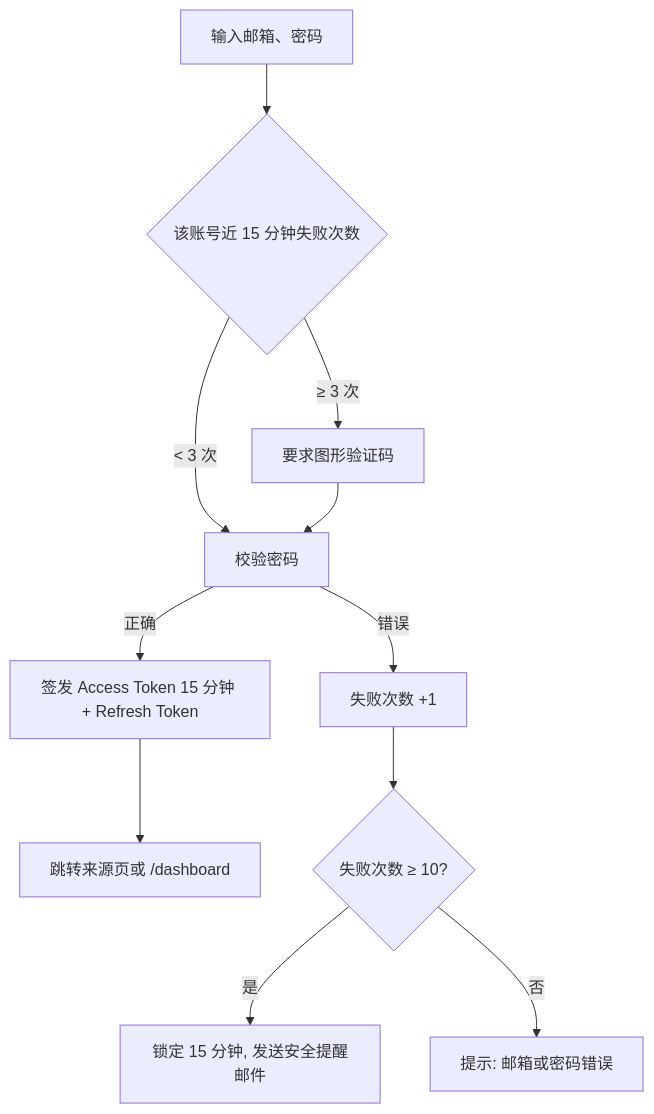
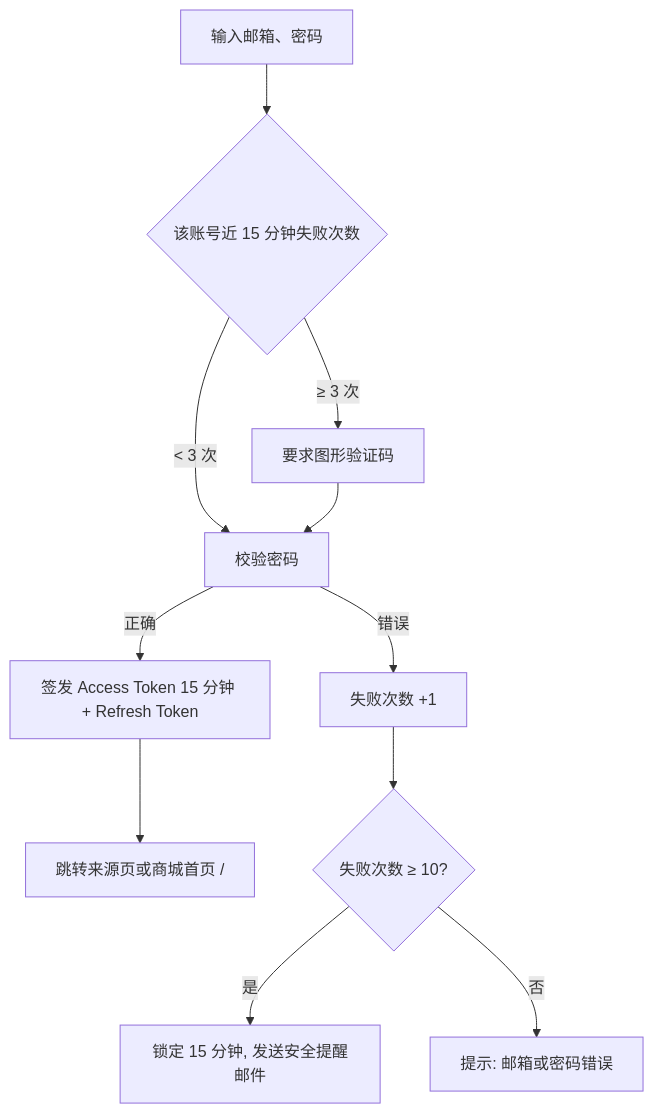
One commit to star132-bot/MkClou changed the second of 4 diagrams in docs/prd/01-auth.md. Above: the diagram before and after it, drawn with Mermaid. The commit also changed other lines of this file and 8 other files, not shown here.

````diff
--- a/docs/prd/01-auth.md
+++ b/docs/prd/01-auth.md
@@ -49,13 +49,13 @@
 ```mermaid
 flowchart TD
     A[输入邮箱、密码] --> B{该账号近 15 分钟失败次数}
     B -- "≥ 3 次" --> C[要求图形验证码]
     B -- "< 3 次" --> D[校验密码]
     C --> D
     D -- 正确 --> E[签发 Access Token 15 分钟 + Refresh Token]
-    E --> F[跳转来源页或 /dashboard]
+    E --> F[跳转来源页或商城首页 /]
     D -- 错误 --> G[失败次数 +1]
     G --> H{失败次数 ≥ 10?}
     H -- 是 --> I[锁定 15 分钟, 发送安全提醒邮件]
     H -- 否 --> J[提示: 邮箱或密码错误]
 ```
````
